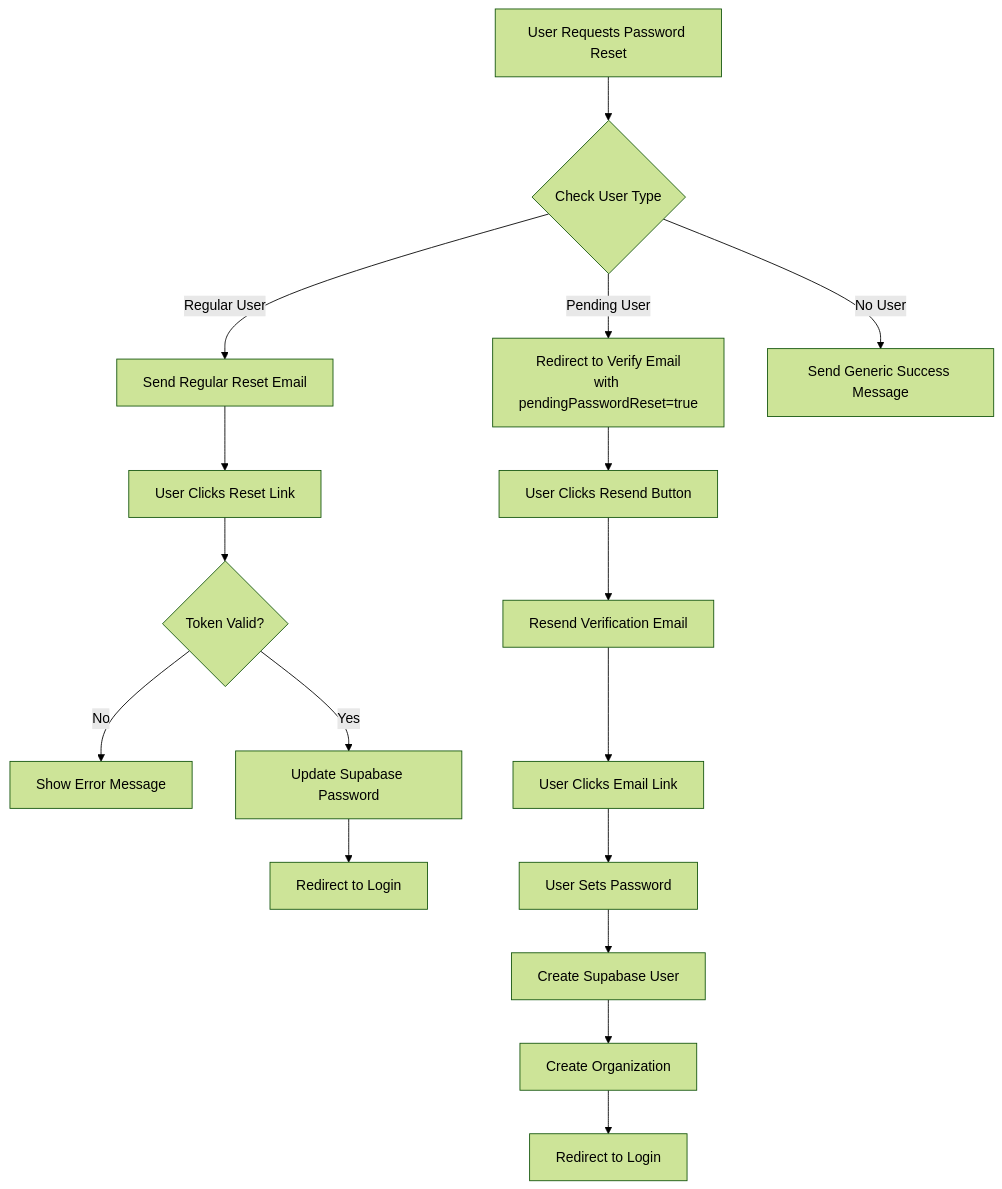
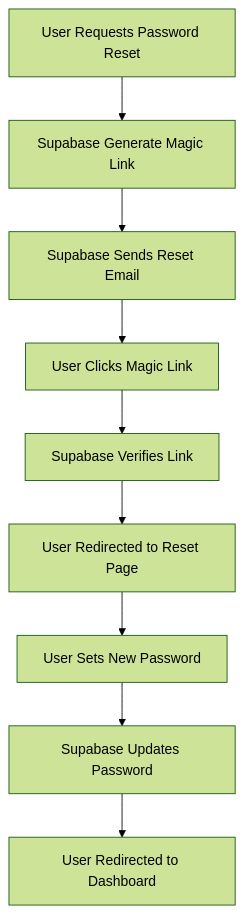
One commit to Maxapp-ZRH/PayMatch changed the third of 4 diagrams in docs/auth/authentication.md. Above: the diagram before and after it, drawn with Mermaid (forest theme). The commit also changed other lines of this file and 78 other files, not shown here.

````diff
--- a/docs/auth/authentication.md
+++ b/docs/auth/authentication.md
@@ -159,19 +157,11 @@
 ```mermaid
 graph TD
-    A[User Requests Password Reset] --> B{Check User Type}
-    B -->|Regular User| C[Send Regular Reset Email]
-    B -->|Pending User| D[Redirect to Verify Email<br/>with pendingPasswordReset=true]
-    B -->|No User| E[Send Generic Success Message]
-    C --> F[User Clicks Reset Link]
-    D --> G[User Clicks Resend Button]
-    F --> H{Token Valid?}
-    G --> I[Resend Verification Email]
-    H -->|No| J[Show Error Message]
-    H -->|Yes| K[Update Supabase Password]
-    I --> L[User Clicks Email Link]
-    K --> M[Redirect to Login]
-    L --> N[User Sets Password]
-    N --> O[Create Supabase User]
-    O --> P[Create Organization]
-    P --> Q[Redirect to Login]
+    A[User Requests Password Reset] --> B[Supabase Generate Magic Link]
+    B --> C[Supabase Sends Reset Email]
+    C --> D[User Clicks Magic Link]
+    D --> E[Supabase Verifies Link]
+    E --> F[User Redirected to Reset Page]
+    F --> G[User Sets New Password]
+    G --> H[Supabase Updates Password]
+    H --> I[User Redirected to Dashboard]
 ```
````
